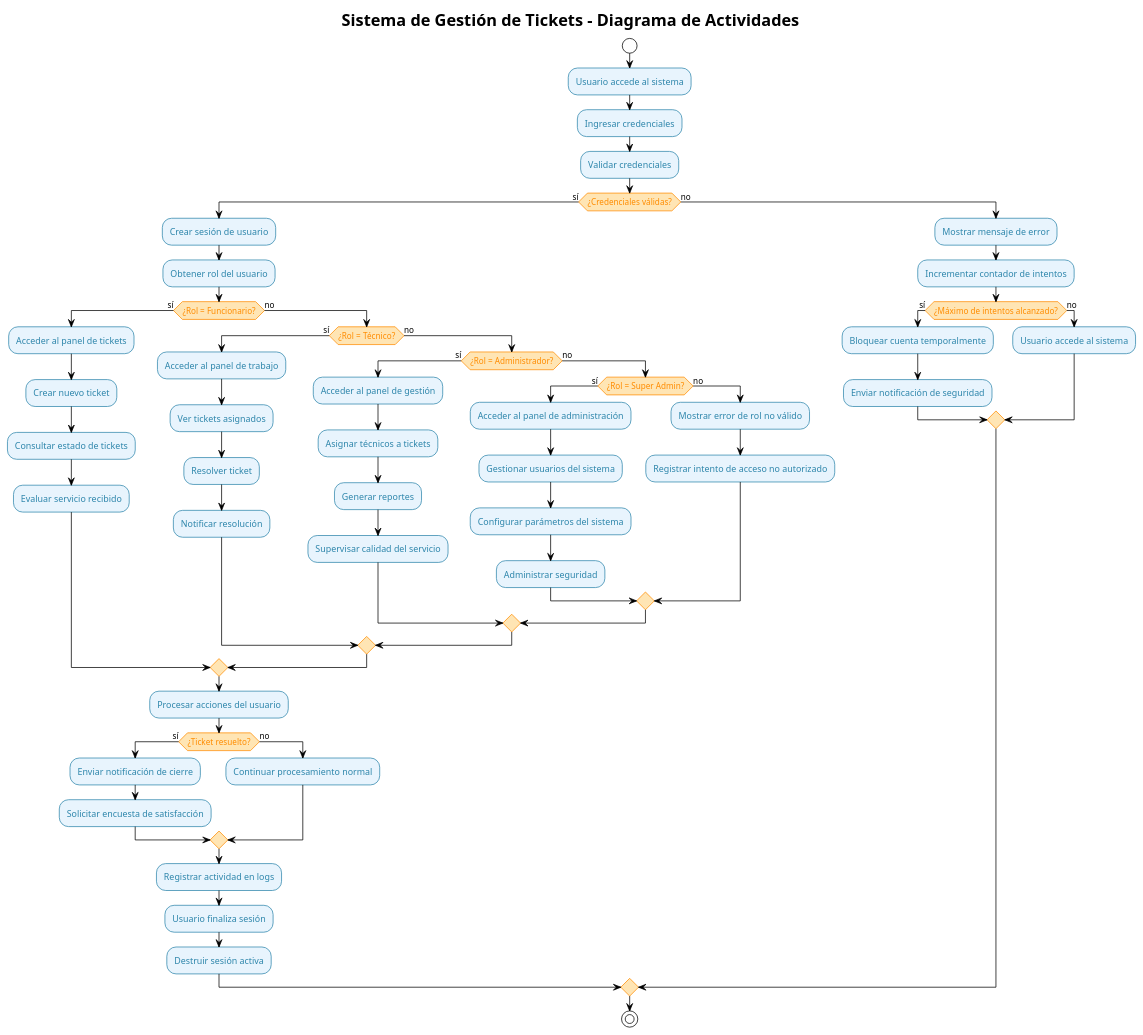
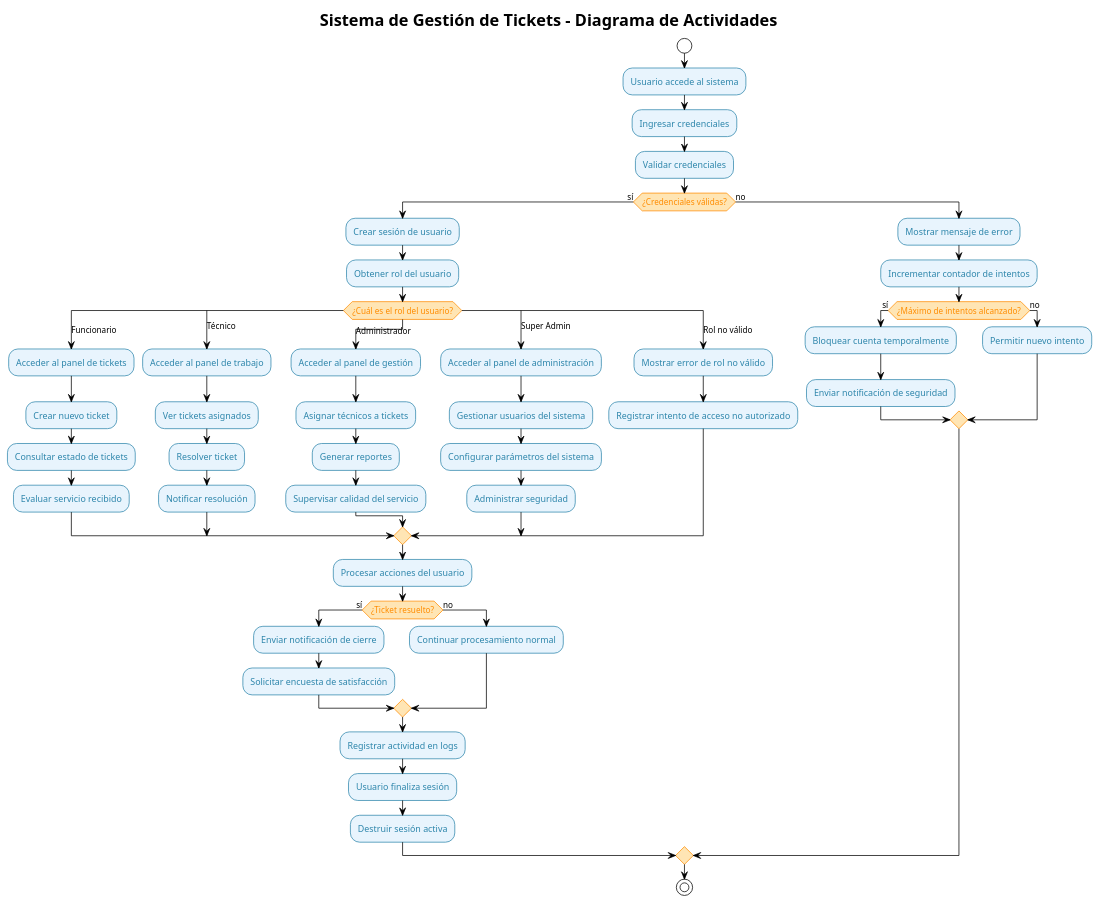
Before and after one commit to Samuelpaloma/alcaldia: the diagram in architecture/activity/activity.wsd, drawn with PlantUML. The commit also changed 6 other files, not shown here.

Commit message:
fix(diagrams): correct incorrect flow in activity diagram

```diff
--- a/architecture/activity/activity.wsd
+++ b/architecture/activity/activity.wsd
@@ -1,82 +1,77 @@
 @startuml
 !theme plain
 skinparam backgroundColor #FFFFFF
 skinparam activity {
   BackgroundColor #E8F4FD
   BorderColor #2E86AB
   FontColor #2E86AB
 }
 skinparam activityDiamond {
   BackgroundColor #FFE5B4
   BorderColor #FF8C00
   FontColor #FF8C00
 }
 
 title Sistema de Gestión de Tickets - Diagrama de Actividades
 
 start
 
 :Usuario accede al sistema;
 :Ingresar credenciales;
 :Validar credenciales;
 
 if (¿Credenciales válidas?) then (sí)
   :Crear sesión de usuario;
   :Obtener rol del usuario;
   
-  if (¿Rol = Funcionario?) then (sí)
+  switch (¿Cuál es el rol del usuario?)
+  case (Funcionario)
     :Acceder al panel de tickets;
     :Crear nuevo ticket;
     :Consultar estado de tickets;
     :Evaluar servicio recibido;
-  else (no)
-    if (¿Rol = Técnico?) then (sí)
-      :Acceder al panel de trabajo;
-      :Ver tickets asignados;
-      :Resolver ticket;
-      :Notificar resolución;
-    else (no)
-      if (¿Rol = Administrador?) then (sí)
-        :Acceder al panel de gestión;
-        :Asignar técnicos a tickets;
-        :Generar reportes;
-        :Supervisar calidad del servicio;
-      else (no)
-        if (¿Rol = Super Admin?) then (sí)
-          :Acceder al panel de administración;
-          :Gestionar usuarios del sistema;
-          :Configurar parámetros del sistema;
-          :Administrar seguridad;
-        else (no)
-          :Mostrar error de rol no válido;
-          :Registrar intento de acceso no autorizado;
-        endif
-      endif
-    endif
-  endif
+  case (Técnico)
+    :Acceder al panel de trabajo;
+    :Ver tickets asignados;
+    :Resolver ticket;
+    :Notificar resolución;
+  case (Administrador)
+    :Acceder al panel de gestión;
+    :Asignar técnicos a tickets;
+    :Generar reportes;
+    :Supervisar calidad del servicio;
+  case (Super Admin)
+    :Acceder al panel de administración;
+    :Gestionar usuarios del sistema;
+    :Configurar parámetros del sistema;
+    :Administrar seguridad;
+  case (Rol no válido)
+    :Mostrar error de rol no válido;
+    :Registrar intento de acceso no autorizado;
+  endswitch
   
   :Procesar acciones del usuario;
   if (¿Ticket resuelto?) then (sí)
     :Enviar notificación de cierre;
     :Solicitar encuesta de satisfacción;
   else (no)
     :Continuar procesamiento normal;
   endif
   
   :Registrar actividad en logs;
   :Usuario finaliza sesión;
   :Destruir sesión activa;
   
 else (no)
   :Mostrar mensaje de error;
   :Incrementar contador de intentos;
   if (¿Máximo de intentos alcanzado?) then (sí)
     :Bloquear cuenta temporalmente;
     :Enviar notificación de seguridad;
   else (no)
-    :Usuario accede al sistema;
+    :Permitir nuevo intento;
   endif
 endif
 
 stop
 @enduml
```
